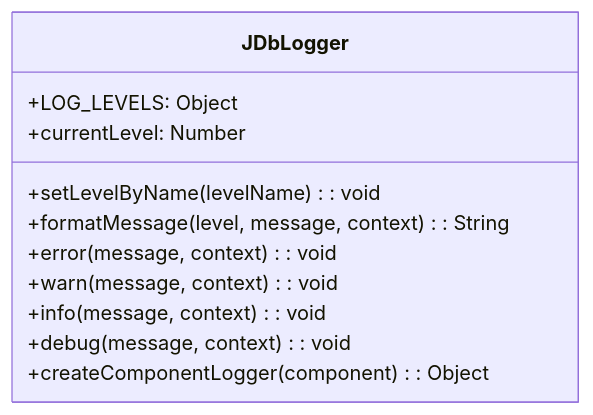
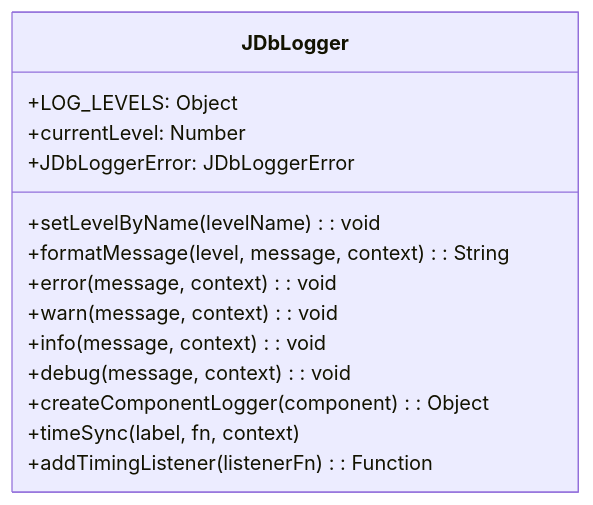
Diagram 12 of 19 in docs/developers/Class_Diagrams.md (h-arnold/JsonDbApp), drawn with Mermaid before and after one commit. The commit also changed other lines of this file and 59 other files, not shown here.

````diff
--- a/docs/developers/Class_Diagrams.md
+++ b/docs/developers/Class_Diagrams.md
@@ -334,14 +334,17 @@
 ```mermaid
 classDiagram
     class JDbLogger {
         +LOG_LEVELS: Object
         +currentLevel: Number
         +setLevelByName(levelName): void
         +formatMessage(level, message, context): String
         +error(message, context): void
         +warn(message, context): void
         +info(message, context): void
         +debug(message, context): void
         +createComponentLogger(component): Object
+        +timeSync(label, fn, context)
+        +addTimingListener(listenerFn): Function
+        +JDbLoggerError: JDbLoggerError
     }
 ```
````
